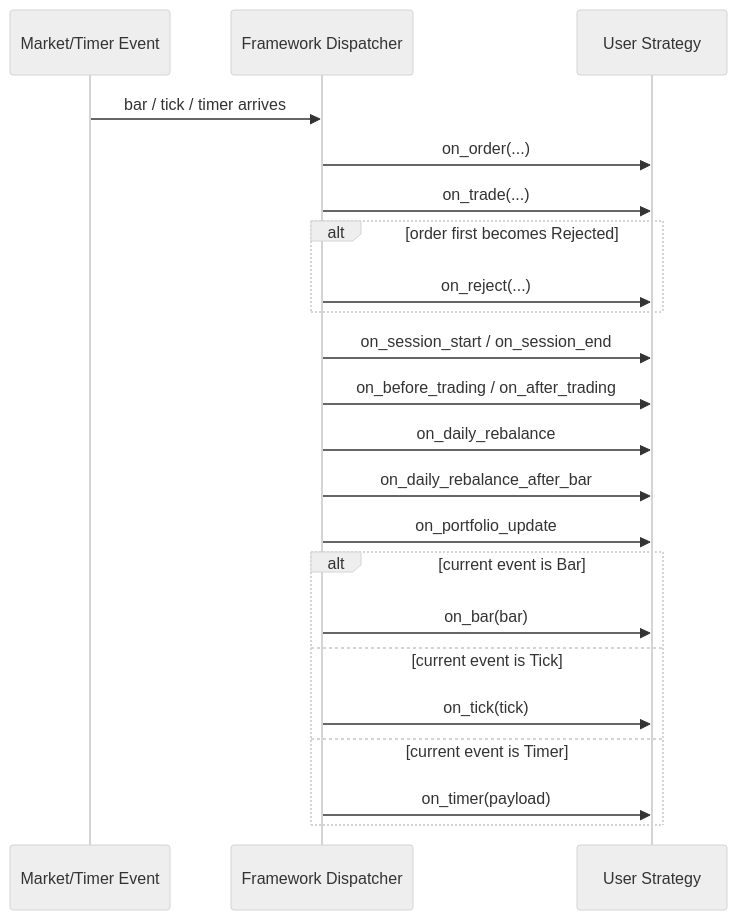
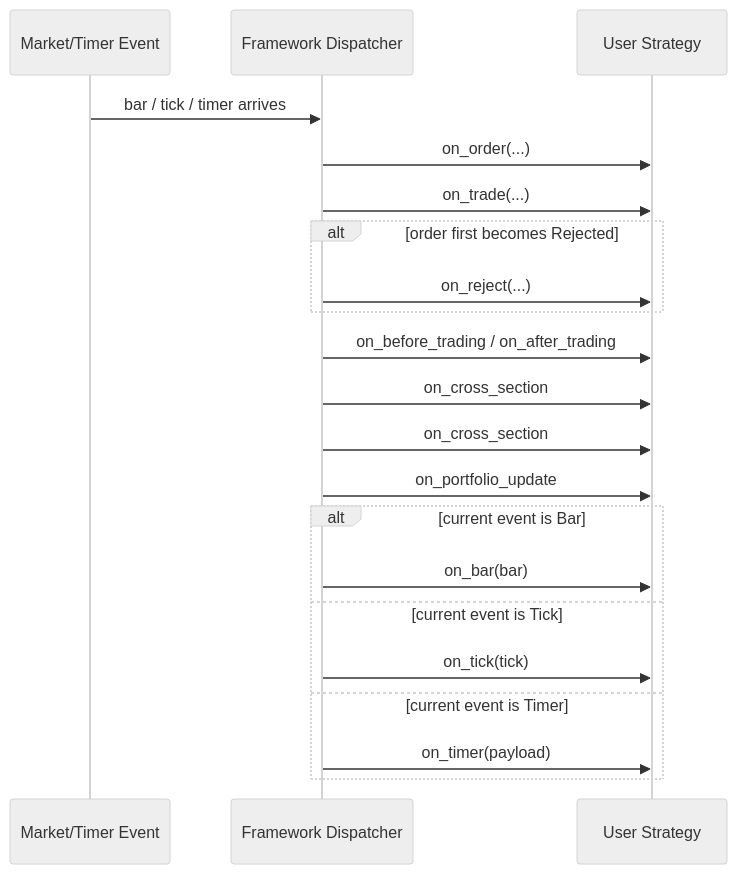
Before and after one commit to akfamily/akquant: the first of 2 diagrams in docs/en/guide/strategy.md, drawn with Mermaid (neutral theme). The commit also changed other lines of this file and 38 other files, not shown here.

````diff
--- a/docs/en/guide/strategy.md
+++ b/docs/en/guide/strategy.md
@@ -98,25 +96,24 @@
 ```mermaid
 sequenceDiagram
     participant Feed as Market/Timer Event
     participant FW as Framework Dispatcher
     participant Strategy as User Strategy
 
     Feed->>FW: bar / tick / timer arrives
     FW->>Strategy: on_order(...)
     FW->>Strategy: on_trade(...)
     alt order first becomes Rejected
         FW->>Strategy: on_reject(...)
     end
-    FW->>Strategy: on_session_start / on_session_end
     FW->>Strategy: on_before_trading / on_after_trading
-    FW->>Strategy: on_daily_rebalance
-    FW->>Strategy: on_daily_rebalance_after_bar
+    FW->>Strategy: on_cross_section
+    FW->>Strategy: on_cross_section
     FW->>Strategy: on_portfolio_update
     alt current event is Bar
         FW->>Strategy: on_bar(bar)
     else current event is Tick
         FW->>Strategy: on_tick(tick)
     else current event is Timer
         FW->>Strategy: on_timer(payload)
     end
 ```
````
